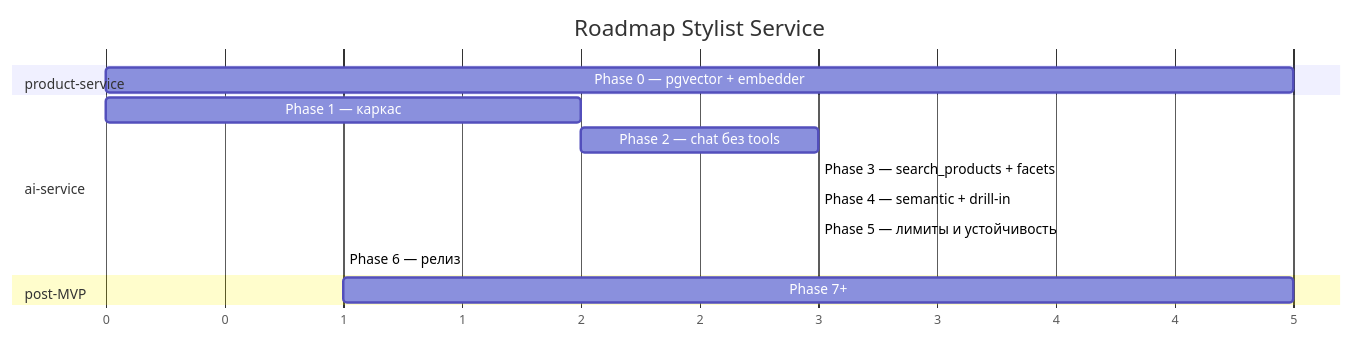
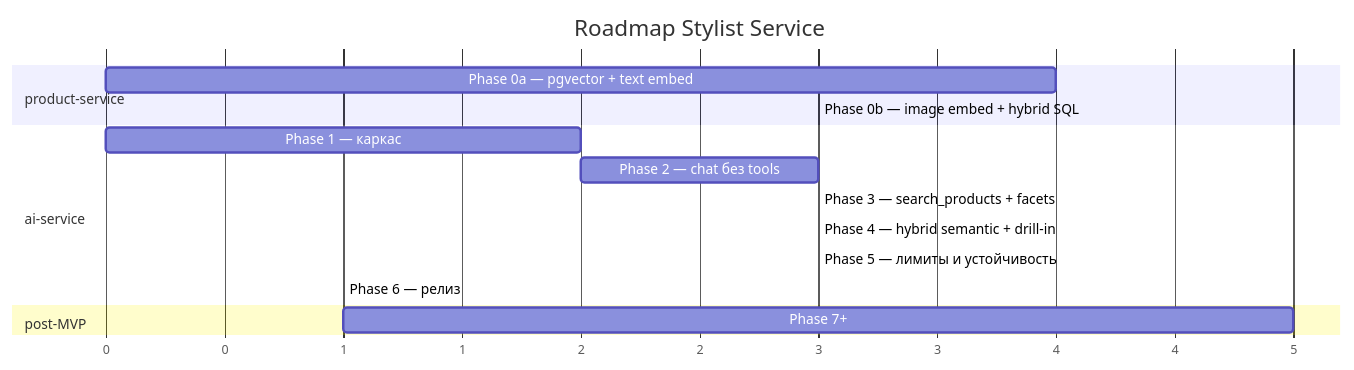
Before and after one commit to TortAlpha/ai-stylist-service: the third of 11 diagrams in server/ai-service/ROADMAP_DIAGRAM.md, drawn with Mermaid. The commit also changed other lines of this file and 4 other files, not shown here.

````diff
--- a/server/ai-service/ROADMAP_DIAGRAM.md
+++ b/server/ai-service/ROADMAP_DIAGRAM.md
@@ -60,17 +62,18 @@
 ```mermaid
 gantt
     title Roadmap Stylist Service
     dateFormat  X
     axisFormat  %s
     section product-service
-    Phase 0 — pgvector + embedder        :p0, 0, 5
+    Phase 0a — pgvector + text embed     :p0a, 0, 4
+    Phase 0b — image embed + hybrid SQL  :p0b, after p0a, 3
     section ai-service
     Phase 1 — каркас                      :p1, 0, 2
     Phase 2 — chat без tools              :p2, after p1, 3
     Phase 3 — search_products + facets    :p3, after p2, 3
-    Phase 4 — semantic + drill-in         :p4, after p3, 3
+    Phase 4 — hybrid semantic + drill-in  :p4, after p3, 3
     Phase 5 — лимиты и устойчивость       :p5, after p4, 3
     Phase 6 — релиз                       :p6, after p5, 1
     section post-MVP
     Phase 7+                              :p7, after p6, 5
 ```
````
